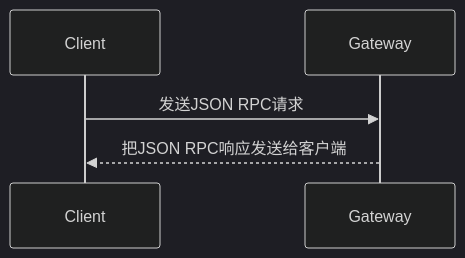
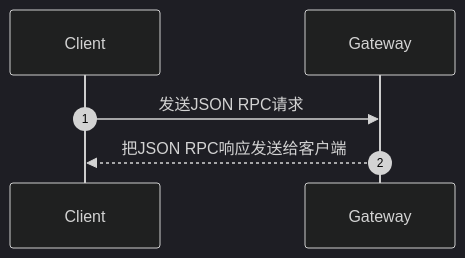
Before and after one commit to MixJade/JavaLearn: the first of 2 diagrams in docs/2023/增长见识/Markdown特殊用法.md, drawn with Mermaid (dark theme). The commit also changed other lines of this file and 1 other file, not shown here.

````diff
--- a/docs/2023/增长见识/Markdown特殊用法.md
+++ b/docs/2023/增长见识/Markdown特殊用法.md
@@ -25,5 +27,6 @@
 ```mermaid
-	sequenceDiagram
+sequenceDiagram
+	autonumber
 	Client->>Gateway : 发送JSON RPC请求
 	Gateway-->>Client : 把JSON RPC响应发送给客户端
 ```
````
